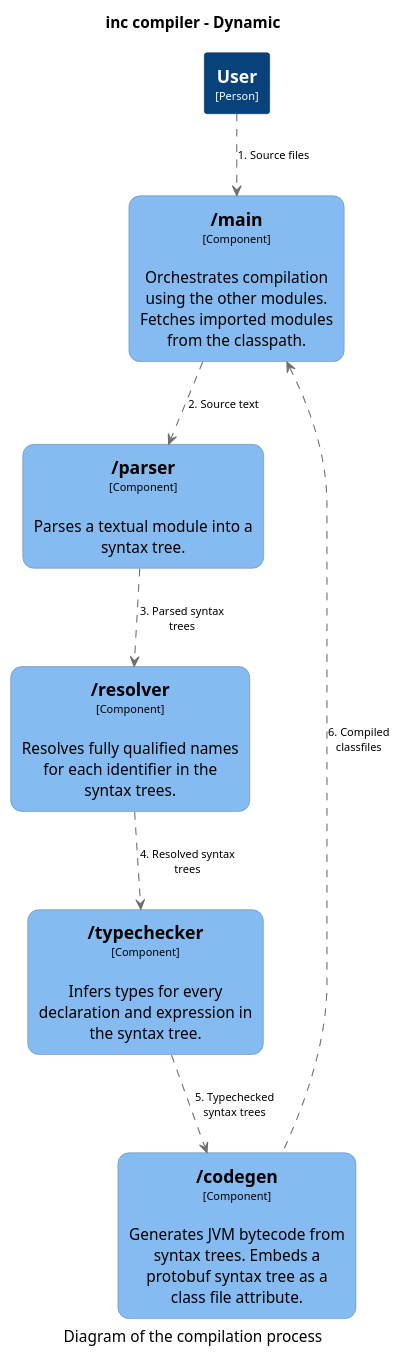
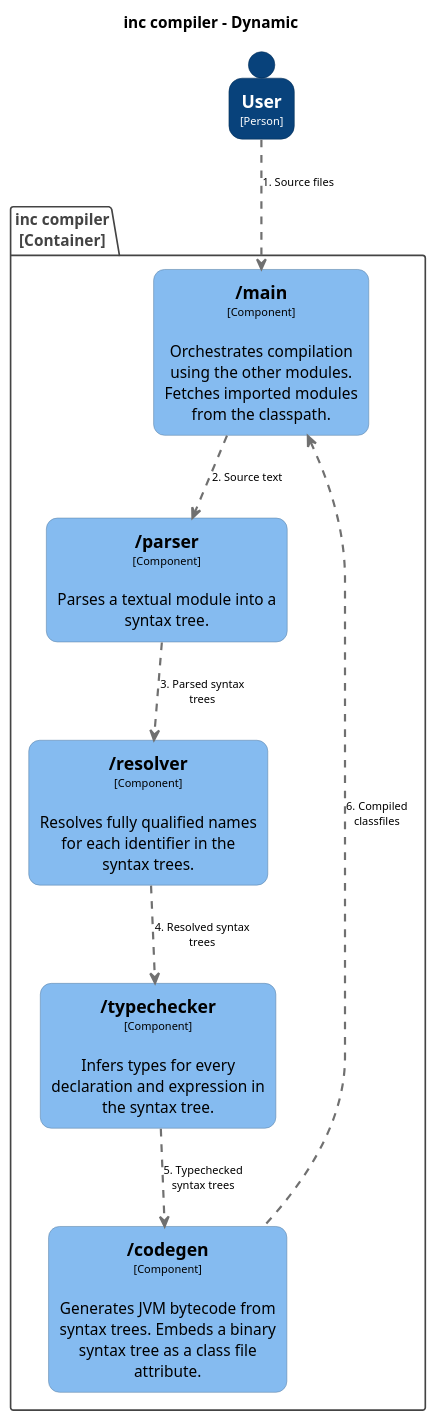
One commit to DavidGregory084/inc changed the diagram in architecture/structurizr-Compilation.puml. Above: the diagram before and after it, drawn with PlantUML. The commit also changed 7 other files, not shown here.

Commit message:
Update diagrams and remove unused protobuf definitions

```diff
--- a/architecture/structurizr-Compilation.puml
+++ b/architecture/structurizr-Compilation.puml
@@ -1,63 +1,71 @@
-@startuml(id=Compilation)
+@startuml
 title inc compiler - Dynamic
-caption Diagram of the compilation process
 
 skinparam {
   shadowing false
   arrowFontSize 10
   defaultTextAlignment center
   wrapWidth 200
   maxMessageSize 100
+  PackageBorderColor<<group>> #cccccc
+  PackageFontColor<<group>> #cccccc
 }
 hide stereotype
 top to bottom direction
-skinparam rectangle<<1>> {
-  BackgroundColor #08427b
-  FontColor #ffffff
-  BorderColor #052E56
+
+skinparam rectangle<<8>> {
+  BackgroundColor #85bbf0
+  FontColor #000000
+  BorderColor #5d82a8
+  roundCorner 20
+}
+skinparam rectangle<<9>> {
+  BackgroundColor #85bbf0
+  FontColor #000000
+  BorderColor #5d82a8
+  roundCorner 20
+}
+skinparam rectangle<<5>> {
+  BackgroundColor #85bbf0
+  FontColor #000000
+  BorderColor #5d82a8
+  roundCorner 20
 }
 skinparam rectangle<<6>> {
   BackgroundColor #85bbf0
   FontColor #000000
-  BorderColor #5D82A8
+  BorderColor #5d82a8
   roundCorner 20
 }
 skinparam rectangle<<7>> {
   BackgroundColor #85bbf0
   FontColor #000000
-  BorderColor #5D82A8
+  BorderColor #5d82a8
   roundCorner 20
 }
-skinparam rectangle<<8>> {
-  BackgroundColor #85bbf0
-  FontColor #000000
-  BorderColor #5D82A8
-  roundCorner 20
+skinparam person<<1>> {
+  BackgroundColor #08427b
+  FontColor #ffffff
+  BorderColor #052e56
 }
-skinparam rectangle<<9>> {
-  BackgroundColor #85bbf0
-  FontColor #000000
-  BorderColor #5D82A8
-  roundCorner 20
+
+person "==User\n<size:10>[Person]</size>" <<1>> as 1
+
+package "inc compiler\n[Container]" <<3>> {
+  skinparam PackageBorderColor<<3>> #444444
+  skinparam PackageFontColor<<3>> #444444
+
+  rectangle "==/parser\n<size:10>[Component]</size>\n\nParses a textual module into a syntax tree." <<5>> as 5
+  rectangle "==/resolver\n<size:10>[Component]</size>\n\nResolves fully qualified names for each identifier in the syntax trees." <<6>> as 6
+  rectangle "==/typechecker\n<size:10>[Component]</size>\n\nInfers types for every declaration and expression in the syntax tree." <<7>> as 7
+  rectangle "==/codegen\n<size:10>[Component]</size>\n\nGenerates JVM bytecode from syntax trees. Embeds a binary syntax tree as a class file attribute." <<8>> as 8
+  rectangle "==/main\n<size:10>[Component]</size>\n\nOrchestrates compilation using the other modules. Fetches imported modules from the classpath." <<9>> as 9
 }
-skinparam rectangle<<10>> {
-  BackgroundColor #85bbf0
-  FontColor #000000
-  BorderColor #5D82A8
-  roundCorner 20
-}
-top to bottom direction
 
-rectangle "==User\n<size:10>[Person]</size>" <<1>> as 1
-rectangle "==/main\n<size:10>[Component]</size>\n\nOrchestrates compilation using the other modules. Fetches imported modules from the classpath." <<10>> as 10
-rectangle "==/parser\n<size:10>[Component]</size>\n\nParses a textual module into a syntax tree." <<6>> as 6
-rectangle "==/resolver\n<size:10>[Component]</size>\n\nResolves fully qualified names for each identifier in the syntax trees." <<7>> as 7
-rectangle "==/typechecker\n<size:10>[Component]</size>\n\nInfers types for every declaration and expression in the syntax tree." <<8>> as 8
-rectangle "==/codegen\n<size:10>[Component]</size>\n\nGenerates JVM bytecode from syntax trees. Embeds a protobuf syntax tree as a class file attribute." <<9>> as 9
-1 .[#707070].> 10 : "1. Source files"
-10 .[#707070].> 6 : "2. Source text"
-6 .[#707070].> 7 : "3. Parsed syntax trees"
-7 .[#707070].> 8 : "4. Resolved syntax trees"
-8 .[#707070].> 9 : "5. Typechecked syntax trees"
-10 <.[#707070]. 9 : "6. Compiled classfiles"
+1 .[#707070,thickness=2].> 9 : "1. Source files"
+9 .[#707070,thickness=2].> 5 : "2. Source text"
+5 .[#707070,thickness=2].> 6 : "3. Parsed syntax trees"
+6 .[#707070,thickness=2].> 7 : "4. Resolved syntax trees"
+7 .[#707070,thickness=2].> 8 : "5. Typechecked syntax trees"
+9 <.[#707070,thickness=2]. 8 : "6. Compiled classfiles"
 @enduml
```
